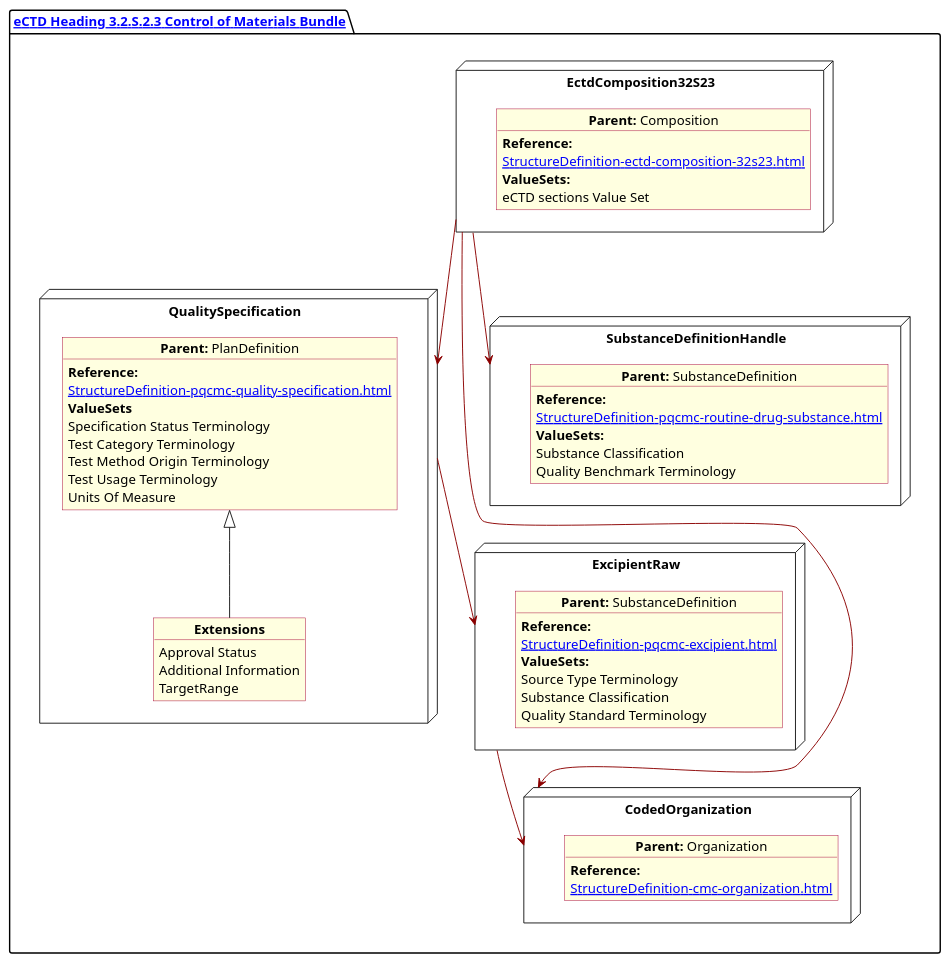
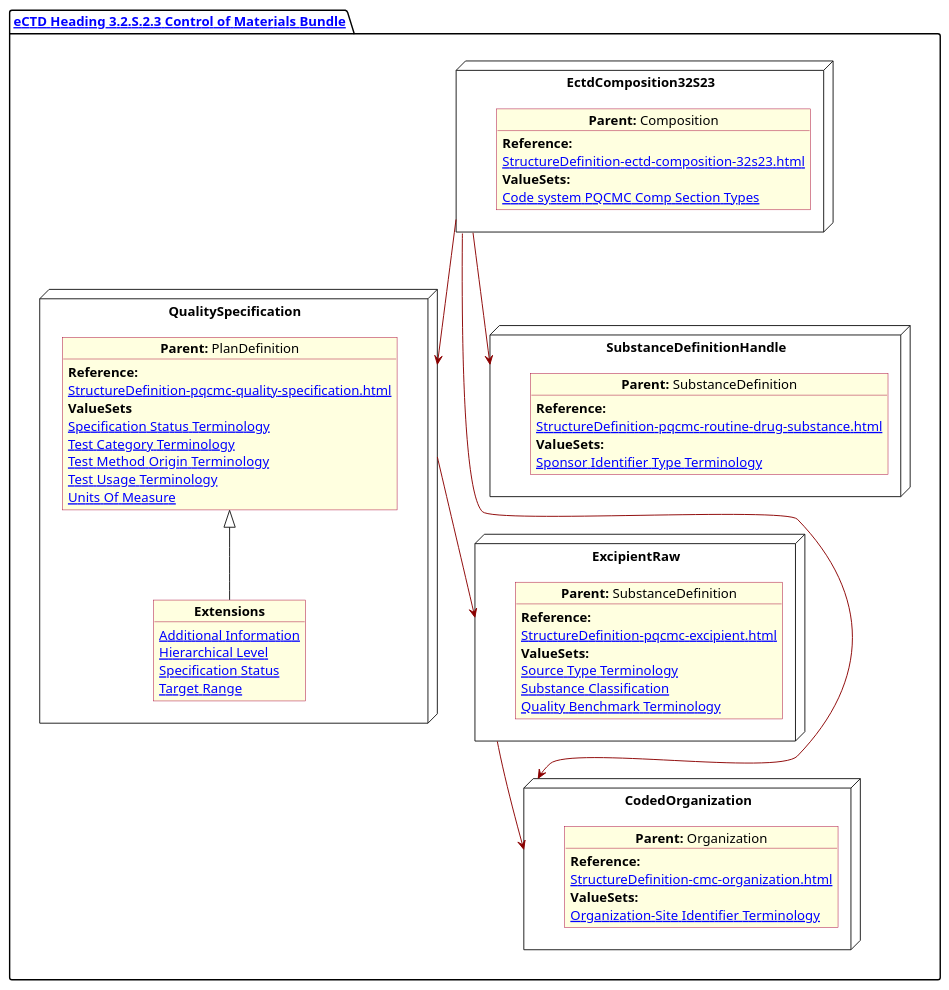
The diagram in input/images-source/SubstanceControlMat.plantuml (HL7/FHIR-us-pq-cmc-fda), drawn with PlantUML before and after one commit. The commit also changed 27 other files, not shown here.

Commit message:
PlantUml updates Misc commnet updates

```diff
--- a/input/images-source/SubstanceControlMat.plantuml
+++ b/input/images-source/SubstanceControlMat.plantuml
@@ -1,78 +1,80 @@
 @startuml SubstanceControlMat
 allowmixing
 'Mixed model of use case and object
 skinparam svgDimensionStyle false
 skinparam ObjectBackgroundColor LightYellow
 skinparam ObjectBorderColor #A80036
 skinparam activityDiamondBorderColor #A80036
 skinparam activityDiamondBackgroundColor lawnGreen
 skinparam ClassBorderThickness 4
 
 package "[[StructureDefinition-cmc-ectd-document-32s23.html eCTD Heading 3.2.S.2.3 Control of Materials Bundle]]" as NODES {
 
     node "QualitySpecification" as N2 {
 
         object "**Parent:** PlanDefinition" as obj2 {
             **Reference:**
             [[StructureDefinition-pqcmc-quality-specification.html]]
             **ValueSets**
-            Specification Status Terminology
-            Test Category Terminology
-            Test Method Origin Terminology
-            Test Usage Terminology
-            Units Of Measure
+            [[ValueSet-pqcmc-specification-status-terminology.html Specification Status Terminology]]
+            [[ValueSet-pqcmc-test-category-terminology.html Test Category Terminology]]
+            [[ValueSet-pqcmc-test-method-origin-terminology.html Test Method Origin Terminology]]
+            [[ValueSet-pqcmc-test-usage-terminology.html Test Usage Terminology]]
+            [[ValueSet-pqcmc-units-of-measure.html Units Of Measure]]
         }
         object "**Extensions**" as objQSEx {
-            Approval Status
-            Additional Information
-            TargetRange
+            [[StructureDefinition-pq-additional-info-extension.html Additional Information]]
+            [[StructureDefinition-pq-hierarchical-level-extension.html Hierarchical Level]]
+            [[StructureDefinition-pq-specification-status-extension.html Specification Status]]
+            [[StructureDefinition-pq-target-range.html Target Range]]
         }
         obj2 <|-- objQSEx
     }
     node "EctdComposition32S23" as N1 {
 
         object "**Parent:** Composition" as obj1 {
             **Reference:**
             [[StructureDefinition-ectd-composition-32s23.html]]
             **ValueSets:**
-            eCTD sections Value Set
+            [[ValueSet-cmc-comp-section-types-vs.html Code system PQCMC Comp Section Types]]
         }
     }
 
     node "ExcipientRaw" as N21 {
 
         object "**Parent:** SubstanceDefinition" as obj22 {
             **Reference:**
             [[StructureDefinition-pqcmc-excipient.html]]
             **ValueSets:**
-            Source Type Terminology
-            Substance Classification
-            Quality Standard Terminology
+            [[ValueSet-pqcmc-source-type-terminology.html Source Type Terminology]]
+            [[ValueSet-substance-classification.html Substance Classification]]
+            [[ValueSet-pqcmc-quality-benchmark-terminology.html Quality Benchmark Terminology]]
         }
     }
     node "CodedOrganization" as NSO {
 
         object "**Parent:** Organization" as objAu {
             **Reference:**
             [[StructureDefinition-cmc-organization.html]]
+            **ValueSets:**
+            [[ValueSet-pqcmc-org-identifier-type-terminology.html Organization-Site Identifier Terminology]]
         }
     }
 
     node "SubstanceDefinitionHandle" as NN {
 
         object "**Parent:** SubstanceDefinition" as obj3 {
             **Reference:**
             [[StructureDefinition-pqcmc-routine-drug-substance.html]]
             **ValueSets:**
-            Substance Classification
-            Quality Benchmark Terminology
+            [[ValueSet-pqcmc-org-identifier-type-terminology.html Sponsor Identifier Type Terminology]]
         }
     }
 
     N1 -[#darkred]--> N2
     N2 -[#darkred]-> N21
     N1 -[#darkred]--> NSO
     N1 -[#darkred]--> NN
     N21 -[#darkred]-> NSO
 }
 @enduml
```
